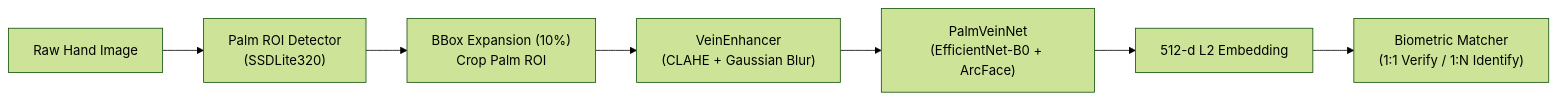
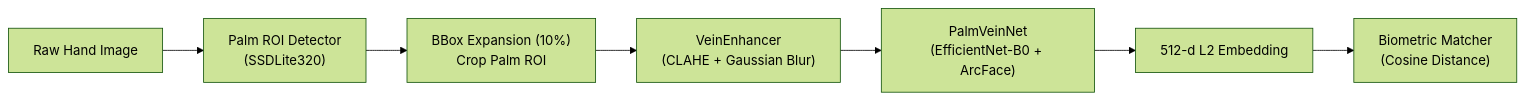
One commit to neitpm/Palm-Vein-Recognition-Benchmark changed the second of 2 diagrams in README.md. Above: the diagram before and after it, drawn with Mermaid (forest theme). The commit also changed other lines of this file and 3 other files, not shown here.

````diff
--- a/README.md
+++ b/README.md
@@ -71,9 +70,9 @@
 ```mermaid
 flowchart LR
     A["Raw Hand Image"] --> B["Palm ROI Detector\n(SSDLite320)"]
     B --> C["BBox Expansion (10%)\nCrop Palm ROI"]
     C --> D["VeinEnhancer\n(CLAHE + Gaussian Blur)"]
     D --> E["PalmVeinNet\n(EfficientNet-B0 + ArcFace)"]
     E --> F["512-d L2 Embedding"]
-    F --> G["Biometric Matcher\n(1:1 Verify / 1:N Identify)"]
+    F --> G["Biometric Matcher\n(Cosine Distance)"]
 ```
````
